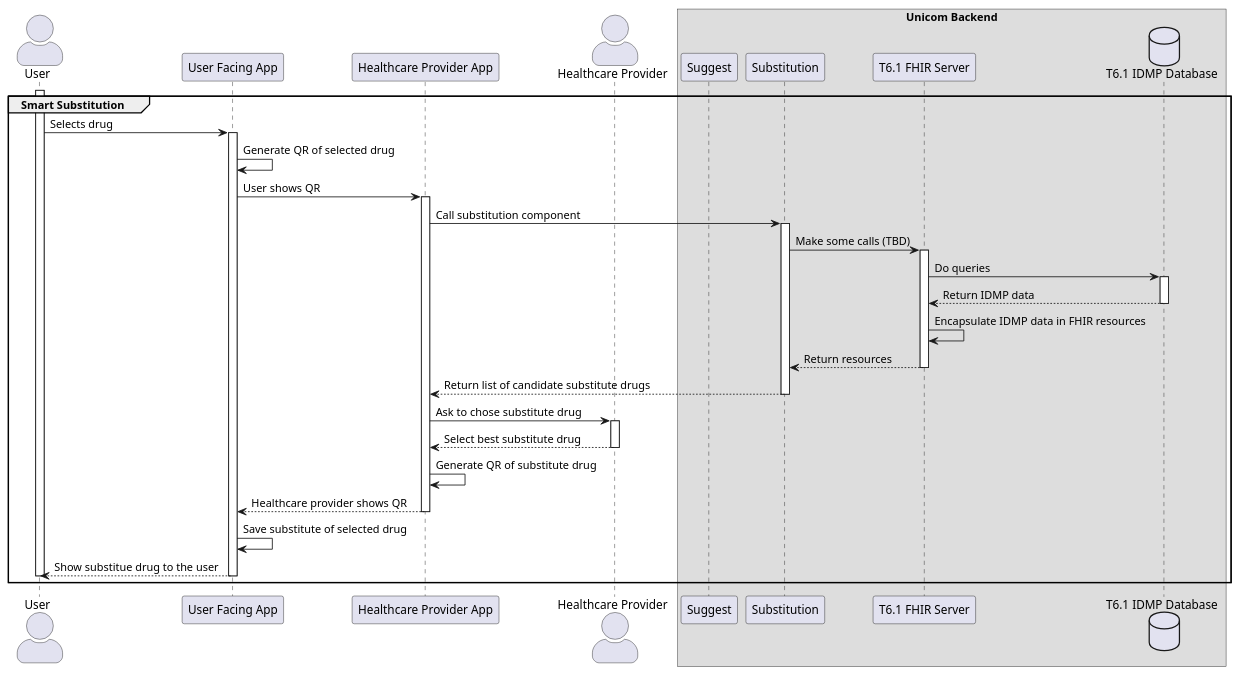
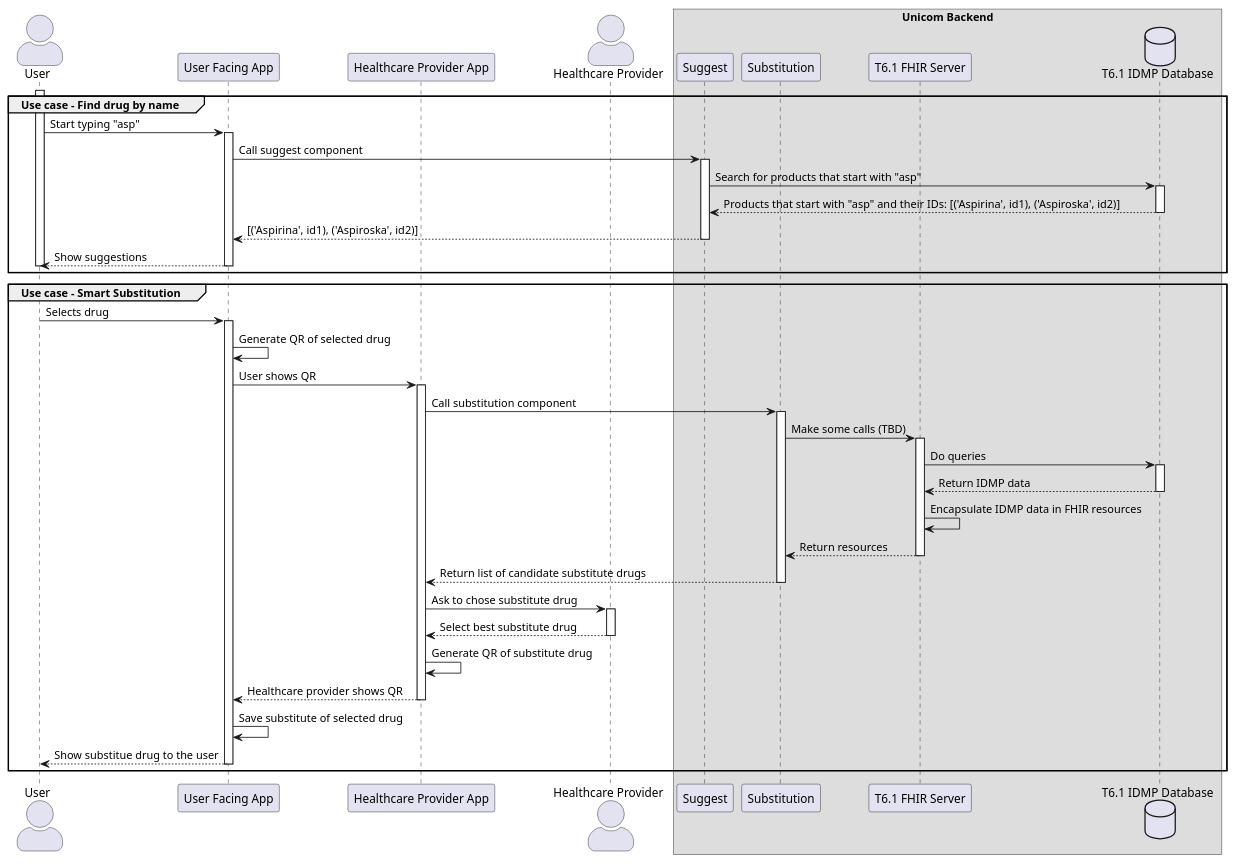
The diagram in uml/sequence/sequence.puml (unicom-project-eu/wp6-db-api), drawn with PlantUML before and after one commit.

Commit message:
Created find drug by name use case

```diff
--- a/uml/sequence/sequence.puml
+++ b/uml/sequence/sequence.puml
@@ -1,61 +1,83 @@
 @startuml
 skinparam actorStyle awesome
 
 actor User as user
 
 participant "User Facing App" as user_app
 
 participant "Healthcare Provider App" as provider_app
  
 actor "Healthcare Provider" as provider
 
 box "Unicom Backend"
     participant "Suggest" as suggest
     participant "Substitution" as substitution
     participant "T6.1 FHIR Server" as fhir
     database "T6.1 IDMP Database" as db
 end box
 
-group Smart Substitution
+group Use case - Find drug by name
+    activate user
+        user -> user_app : Start typing "asp"
+        
+        activate user_app
+            user_app -> suggest : Call suggest component
+
+            activate suggest
+                suggest -> db : Search for products that start with "asp"
+
+                activate db
+                    db --> suggest : Products that start with "asp" and their IDs: [('Aspirina', id1), ('Aspiroska', id2)]
+                deactivate db
+
+                suggest --> user_app : [('Aspirina', id1), ('Aspiroska', id2)]
+            deactivate suggest
+
+        user_app --> user : Show suggestions 
+        deactivate user_app
+    deactivate user
+end
+
+group Use case - Smart Substitution
     activate user
     user -> user_app : Selects drug
         activate user_app
             user_app -> user_app : Generate QR of selected drug
             user_app -> provider_app : User shows QR
 
             activate provider_app
                 provider_app -> substitution : Call substitution component
                                 
                 activate substitution
                     substitution -> fhir : Make some calls (TBD)
 
                     activate fhir
                         fhir -> db : Do queries
                         activate db
                             db --> fhir : Return IDMP data
                         deactivate db
 
                         fhir -> fhir : Encapsulate IDMP data in FHIR resources
 
                         fhir --> substitution : Return resources
                     deactivate fhir
 
                     substitution --> provider_app : Return list of candidate substitute drugs
                 deactivate substitution
 
                 provider_app -> provider : Ask to chose substitute drug
                 activate provider
                     provider --> provider_app : Select best substitute drug
                 deactivate provider
 
                 provider_app -> provider_app : Generate QR of substitute drug
                 provider_app --> user_app : Healthcare provider shows QR
             deactivate provider_app
 
             user_app -> user_app : Save substitute of selected drug
             user_app --> user : Show substitue drug to the user
         deactivate user_app
     deactivate user
 end
 
 @enduml
```
